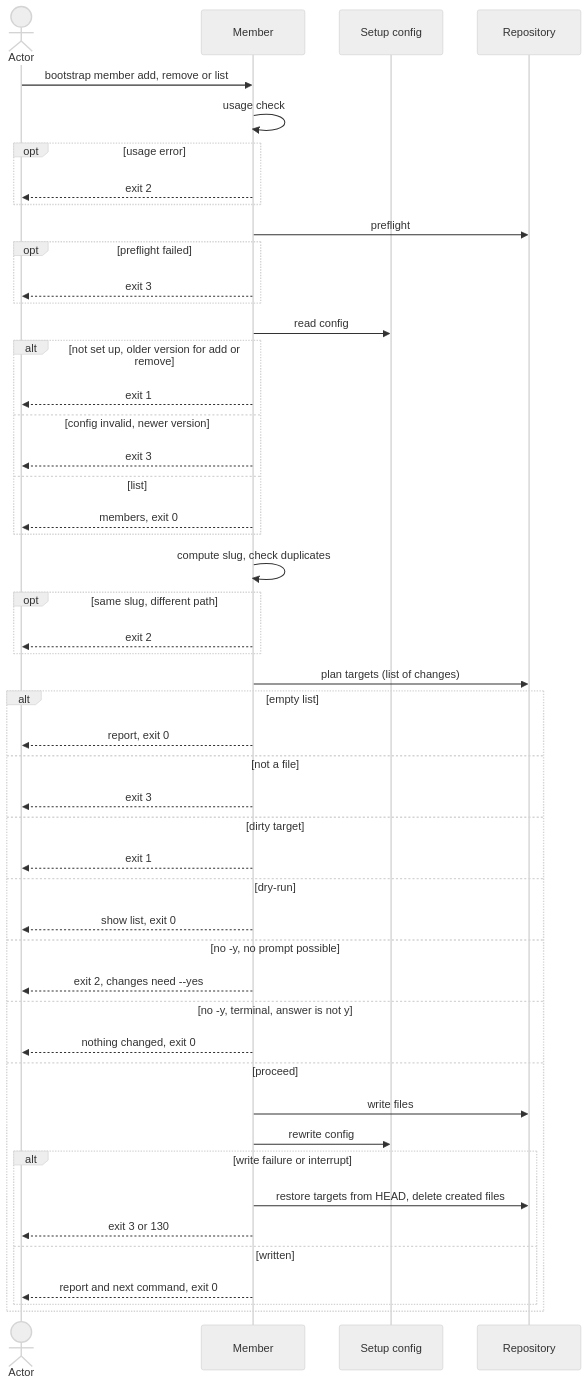
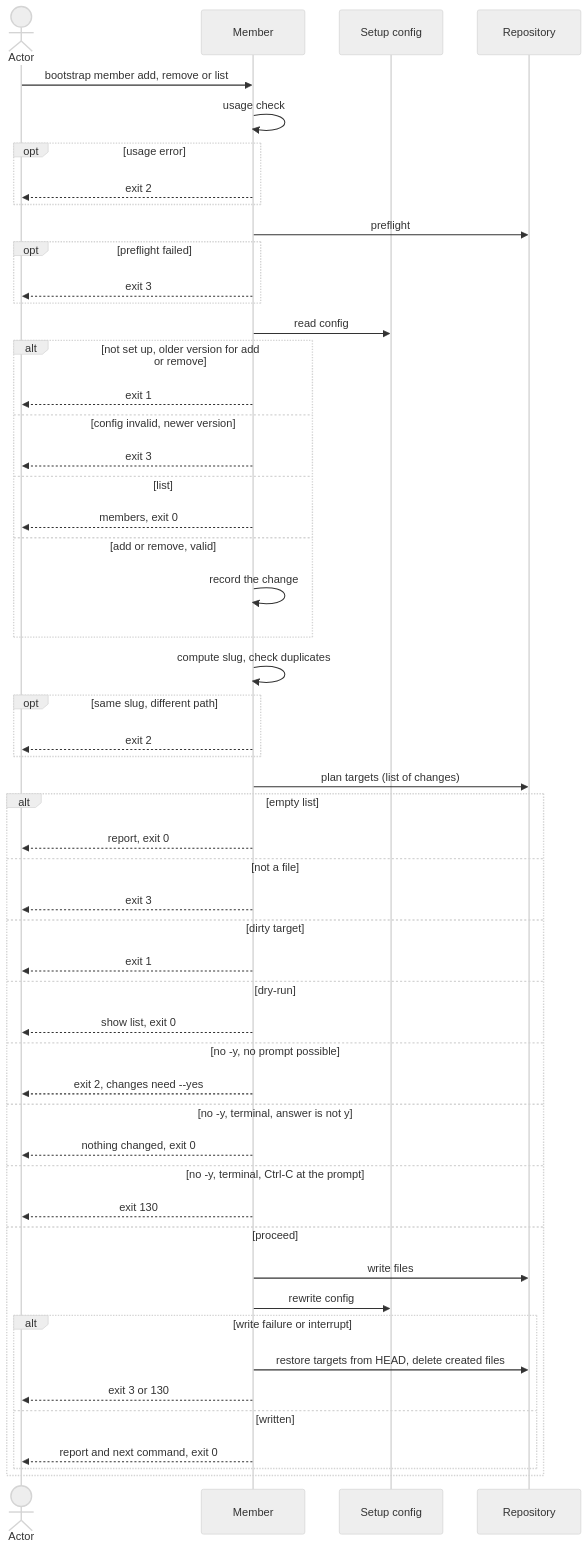
One commit to virajp/bootstrap changed the diagram in docs/blueprint/flows/cli/190-manage-members/index.md. Above: the diagram before and after it, drawn with Mermaid (neutral theme). The commit also changed other lines of this file and 12 other files, not shown here.

````diff
--- a/docs/blueprint/flows/cli/190-manage-members/index.md
+++ b/docs/blueprint/flows/cli/190-manage-members/index.md
@@ -135,51 +143,55 @@
 ```mermaid
 sequenceDiagram
     actor O as Actor
     participant M as Member
     participant C as Setup config
     participant R as Repository
     O->>M: bootstrap member add, remove or list
     M->>M: usage check
     opt usage error
         M-->>O: exit 2
     end
     M->>R: preflight
     opt preflight failed
         M-->>O: exit 3
     end
     M->>C: read config
     alt not set up, older version for add or remove
         M-->>O: exit 1
     else config invalid, newer version
         M-->>O: exit 3
     else list
         M-->>O: members, exit 0
+    else add or remove, valid
+        M->>M: record the change
     end
     M->>M: compute slug, check duplicates
     opt same slug, different path
         M-->>O: exit 2
     end
     M->>R: plan targets (list of changes)
     alt empty list
         M-->>O: report, exit 0
     else not a file
         M-->>O: exit 3
     else dirty target
         M-->>O: exit 1
     else dry-run
         M-->>O: show list, exit 0
     else no -y, no prompt possible
         M-->>O: exit 2, changes need --yes
     else no -y, terminal, answer is not y
         M-->>O: nothing changed, exit 0
+    else no -y, terminal, Ctrl-C at the prompt
+        M-->>O: exit 130
     else proceed
         M->>R: write files
         M->>C: rewrite config
         alt write failure or interrupt
             M->>R: restore targets from HEAD, delete created files
             M-->>O: exit 3 or 130
         else written
             M-->>O: report and next command, exit 0
         end
     end
 ```
````
